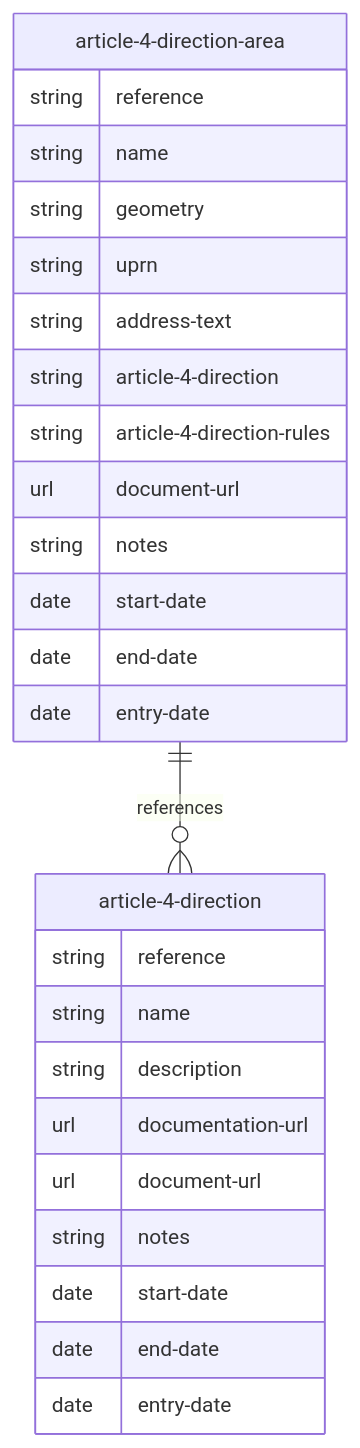
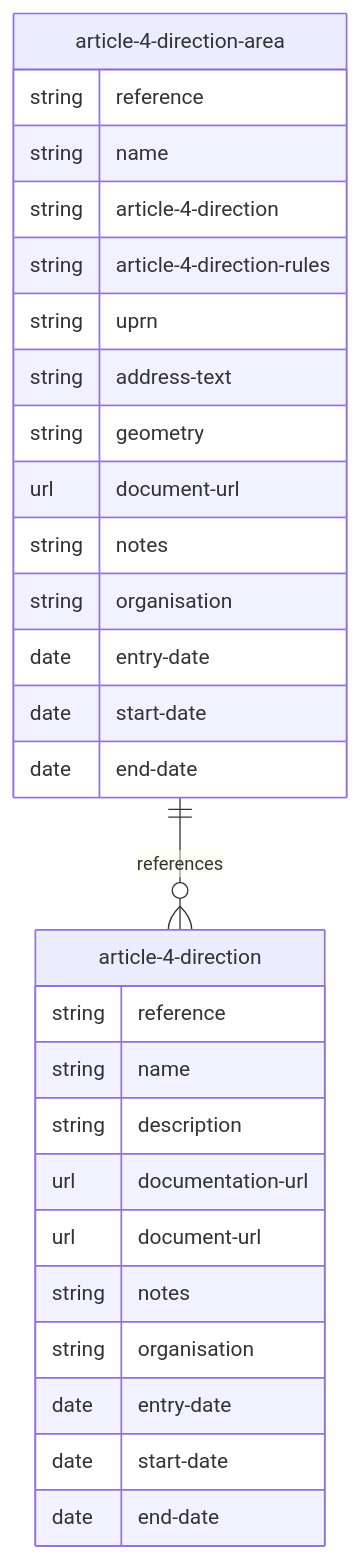
One commit to digital-land/specification changed the diagram in mermaid/article-4-direction.md. Above: the diagram before and after it, drawn with Mermaid. The commit also changed 14 other files, not shown here.

````diff
--- a/mermaid/article-4-direction.md
+++ b/mermaid/article-4-direction.md
@@ -4,29 +4,31 @@
 ```mermaid
 erDiagram
     article-4-direction {
         string reference
         string name
         string description
         url documentation-url
         url document-url
         string notes
+        string organisation
+        date entry-date
         date start-date
         date end-date
-        date entry-date
     }
     article-4-direction-area {
         string reference
         string name
-        string geometry
+        string article-4-direction
+        string article-4-direction-rules
         string uprn
         string address-text
-        string article-4-direction
-        string article-4-direction-rules
+        string geometry
         url document-url
         string notes
+        string organisation
+        date entry-date
         date start-date
         date end-date
-        date entry-date
     }
     article-4-direction-area ||--o{ article-4-direction : references
 ```
````
